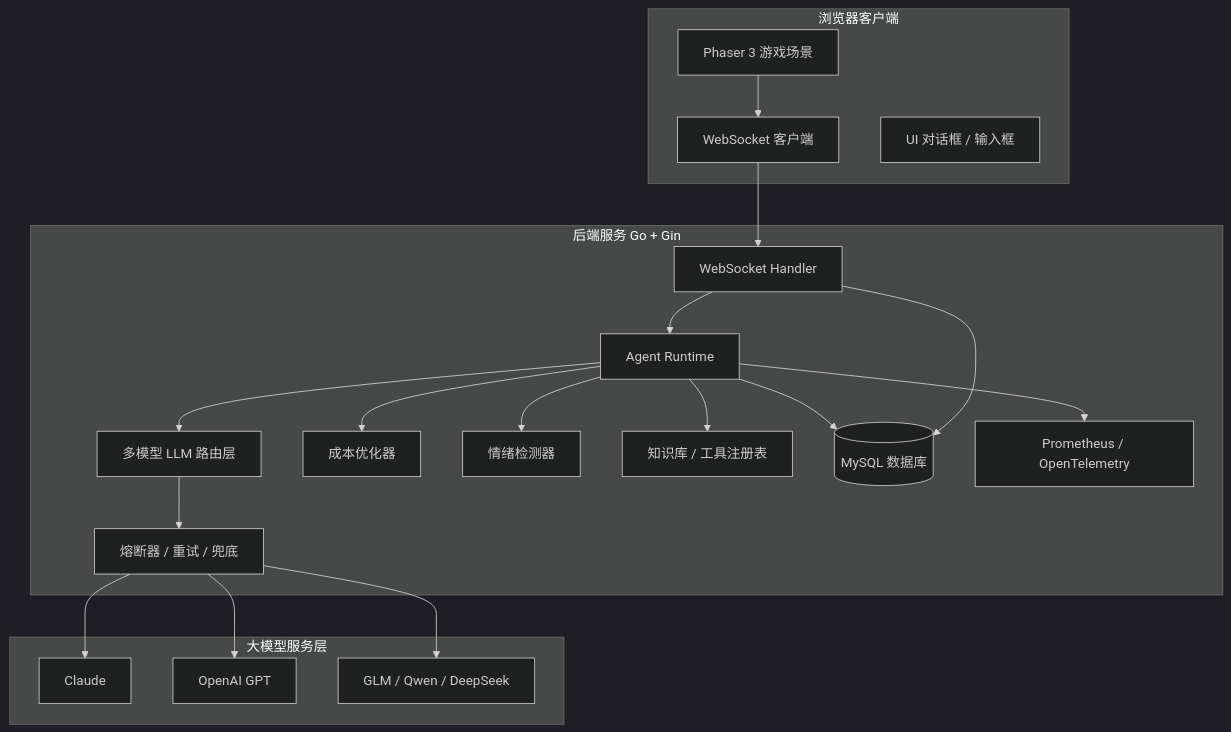
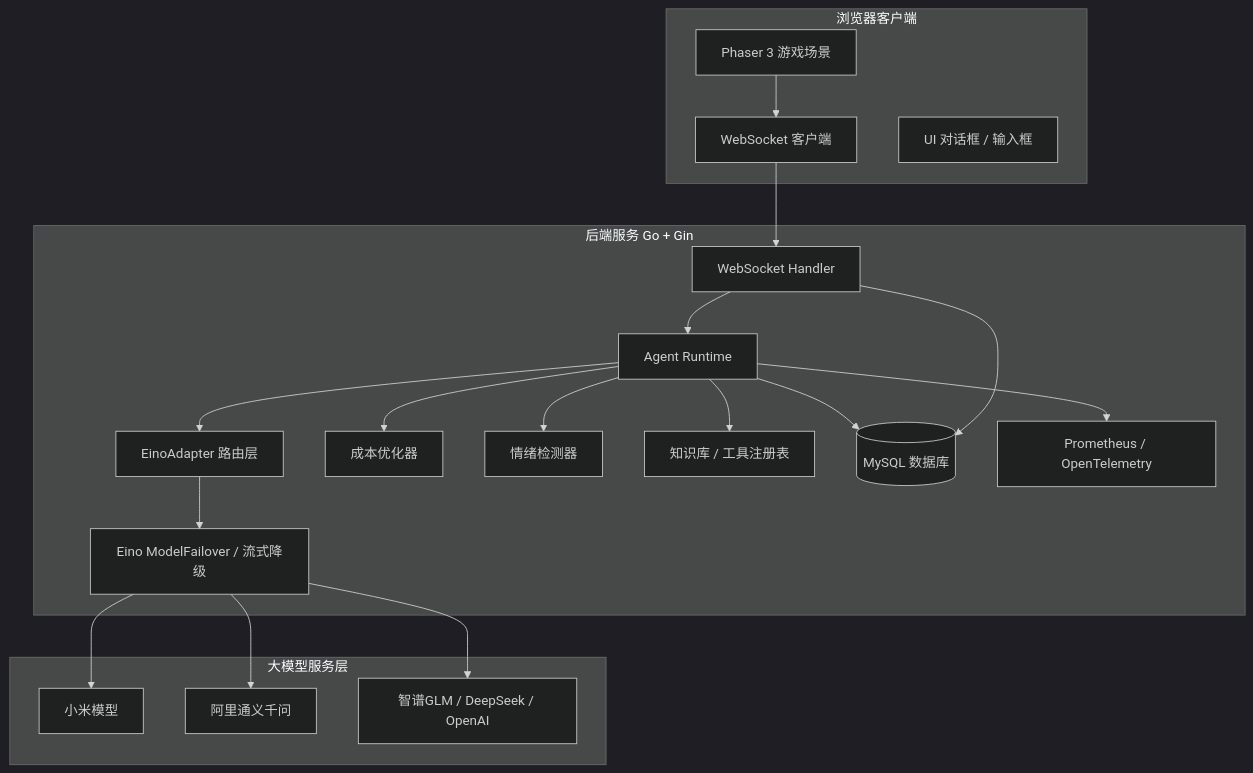
The first of 5 diagrams in README.md (qjm134-source/taohuawu), drawn with Mermaid (dark theme) before and after one commit. The commit also changed other lines of this file and 35 other files, not shown here.

````diff
--- a/README.md
+++ b/README.md
@@ -75,41 +76,41 @@
 ```mermaid
 graph TB
     subgraph Client["浏览器客户端"]
         A[Phaser 3 游戏场景]
         B[WebSocket 客户端]
         C[UI 对话框 / 输入框]
     end
 
     subgraph Backend["后端服务 Go + Gin"]
         D[WebSocket Handler]
         E[Agent Runtime]
-        F[多模型 LLM 路由层]
+        F[EinoAdapter 路由层]
         G[成本优化器]
         H[情绪检测器]
         I[知识库 / 工具注册表]
-        J[熔断器 / 重试 / 兜底]
+        J[Eino ModelFailover / 流式降级]
         K[(MySQL 数据库)]
         L[Prometheus / OpenTelemetry]
     end
 
     subgraph LLM["大模型服务层"]
-        M[Claude]
-        N[OpenAI GPT]
-        O[GLM / Qwen / DeepSeek]
+        M[小米模型]
+        N[阿里通义千问]
+        O[智谱GLM / DeepSeek / OpenAI]
     end
 
     A --> B
     B --> D
     D --> E
     E --> F
     E --> G
     E --> H
     E --> I
     F --> J
     J --> M
     J --> N
     J --> O
     E --> K
     D --> K
     E --> L
 ```
````
